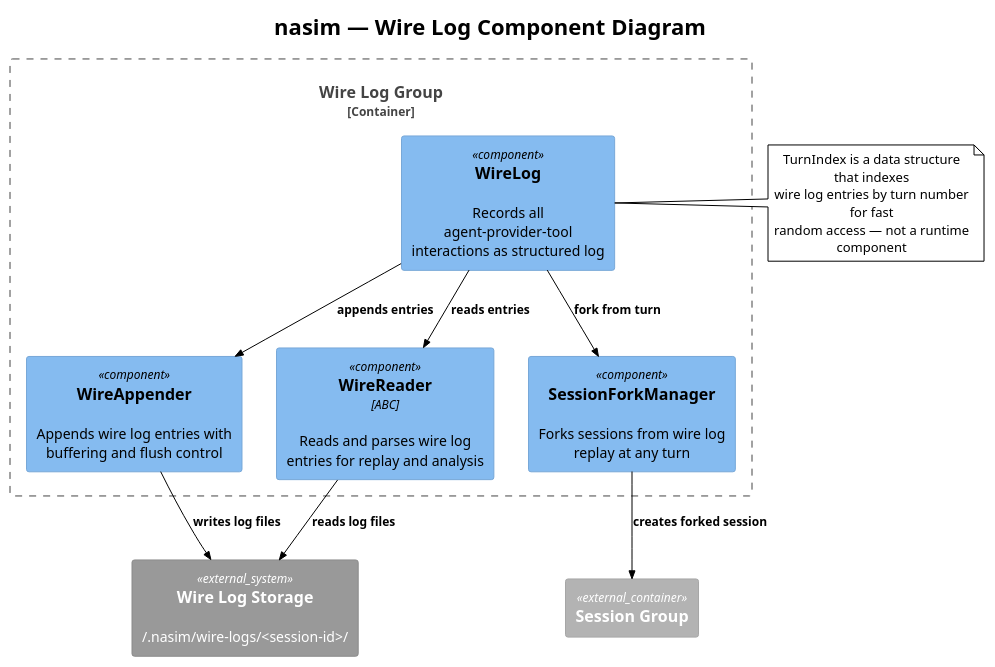
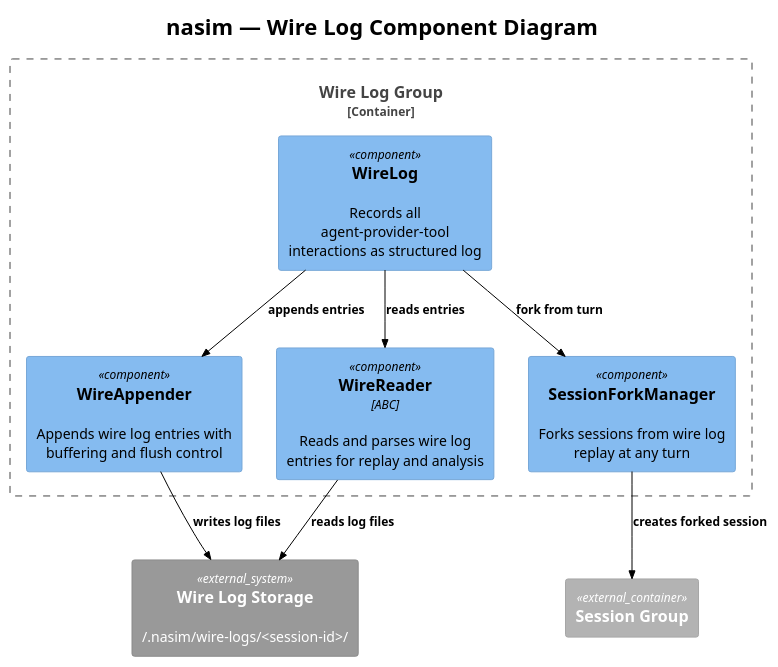
Before and after one commit to salimnamvar/nasim: the diagram in docs/C4/c4_nasim_component_wire_log.puml, drawn with PlantUML.

Commit message:
docs: Add architecture traceability matrix and session state definitions

```diff
--- a/docs/C4/c4_nasim_component_wire_log.puml
+++ b/docs/C4/c4_nasim_component_wire_log.puml
@@ -1,41 +1,35 @@
 @startuml c4_nasim_component_wire_log
 !include https://raw.githubusercontent.com/plantuml-stdlib/C4-PlantUML/v2.10.0/C4_Component.puml
 !theme plain
 
 
 ' ============================================================
 ' Title:     nasim — Wire Log Component Diagram
 ' Boundary:  nasim core library — Wire Log group
 ' Purpose:   Agent-provider-tool interaction logging, replay, and session forking
 ' Milestone: v1.0
 ' Version:   6.0.0
 ' Source:    docs/audit/audit.2026.06.20.deep.domain.audit.md
 ' Review:    —
 ' ============================================================
 
 title nasim — Wire Log Component Diagram
 
 Container_Boundary(wire_log_boundary, "Wire Log Group") {
     Component(wire_log, "WireLog", "", "Records all agent-provider-tool interactions as structured log")
     Component(wire_appender, "WireAppender", "", "Appends wire log entries with buffering and flush control")
     Component(wire_reader, "WireReader", "ABC", "Reads and parses wire log entries for replay and analysis")
     Component(session_fork_mgr, "SessionForkManager", "", "Forks sessions from wire log replay at any turn")
 }
 
-note right of wire_log
-  TurnIndex is a data structure that indexes
-  wire log entries by turn number for fast
-  random access — not a runtime component
-end note
-
 Container_Ext(session_group, "Session Group")
 System_Ext(wire_log_dir, "Wire Log Storage", "~/.nasim/wire-logs/<session-id>/")
 
 Rel(wire_log, wire_appender, "appends entries")
 Rel(wire_log, wire_reader, "reads entries")
 Rel(wire_log, session_fork_mgr, "fork from turn")
 Rel(wire_appender, wire_log_dir, "writes log files")
 Rel(wire_reader, wire_log_dir, "reads log files")
 Rel(session_fork_mgr, session_group, "creates forked session")
 
 @enduml
```
